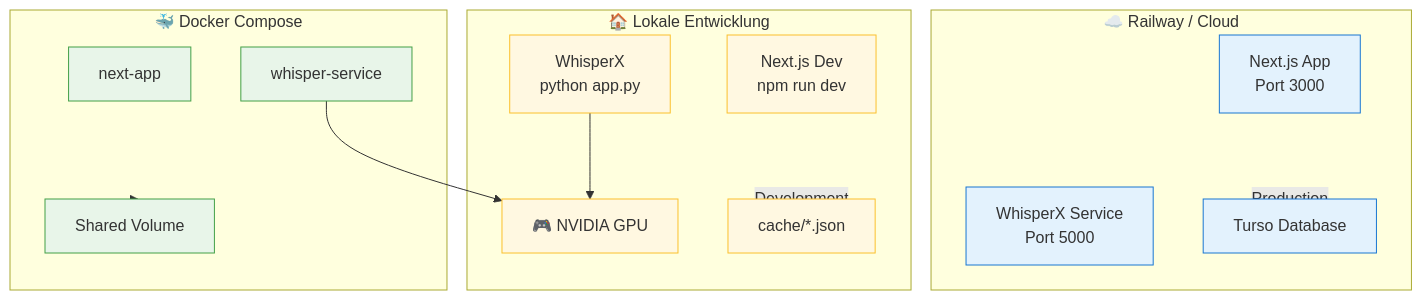
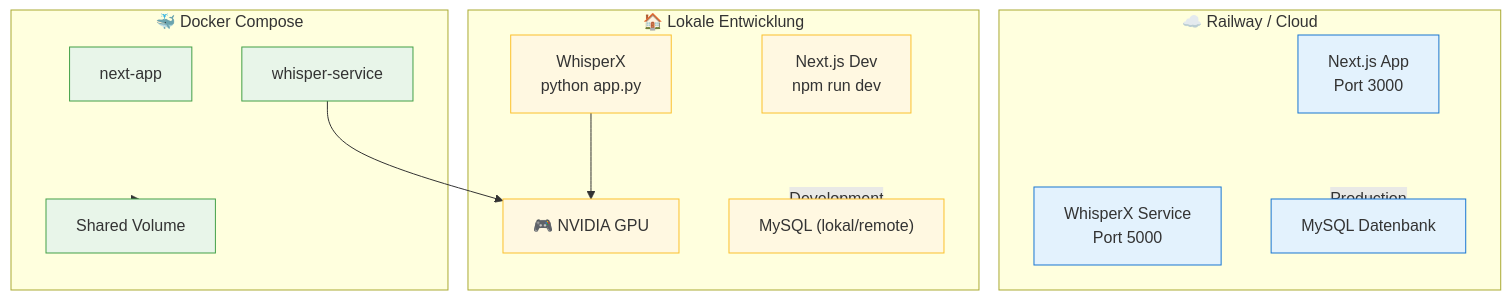
Diagram 14 of 15 in ARCHITECTURE.md (andreasknopke/Schreibdienst), drawn with Mermaid before and after one commit. The commit also changed other lines of this file and 2 other files, not shown here.

````diff
--- a/ARCHITECTURE.md
+++ b/ARCHITECTURE.md
@@ -361,36 +626,36 @@
 ```mermaid
 flowchart TB
     subgraph Cloud["☁️ Railway / Cloud"]
         NextApp["Next.js App<br/>Port 3000"]
         WhisperCloud["WhisperX Service<br/>Port 5000"]
-        TursoDB["Turso Database"]
+        MySQLCloud["MySQL Datenbank"]
     end
 
     subgraph Local["🏠 Lokale Entwicklung"]
         DevNext["Next.js Dev<br/>npm run dev"]
         DevWhisper["WhisperX<br/>python app.py"]
         LocalGPU["🎮 NVIDIA GPU"]
-        LocalFiles["cache/*.json"]
+        LocalMySQL["MySQL (lokal/remote)"]
     end
 
     subgraph Docker["🐳 Docker Compose"]
         ContainerNext["next-app"]
         ContainerWhisper["whisper-service"]
         Volume["Shared Volume"]
     end
 
-    Cloud --> |Production| TursoDB
-    Local --> |Development| LocalFiles
+    Cloud --> |Production| MySQLCloud
+    Local --> |Development| LocalMySQL
     Docker --> Volume
 
     DevWhisper --> LocalGPU
     ContainerWhisper --> LocalGPU
 
     classDef cloud fill:#e3f2fd,stroke:#1976d2
     classDef local fill:#fff8e1,stroke:#fbc02d
     classDef docker fill:#e8f5e9,stroke:#43a047
 
-    class NextApp,WhisperCloud,TursoDB cloud
-    class DevNext,DevWhisper,LocalGPU,LocalFiles local
+    class NextApp,WhisperCloud,MySQLCloud cloud
+    class DevNext,DevWhisper,LocalGPU,LocalMySQL local
     class ContainerNext,ContainerWhisper,Volume docker
 ```
````
